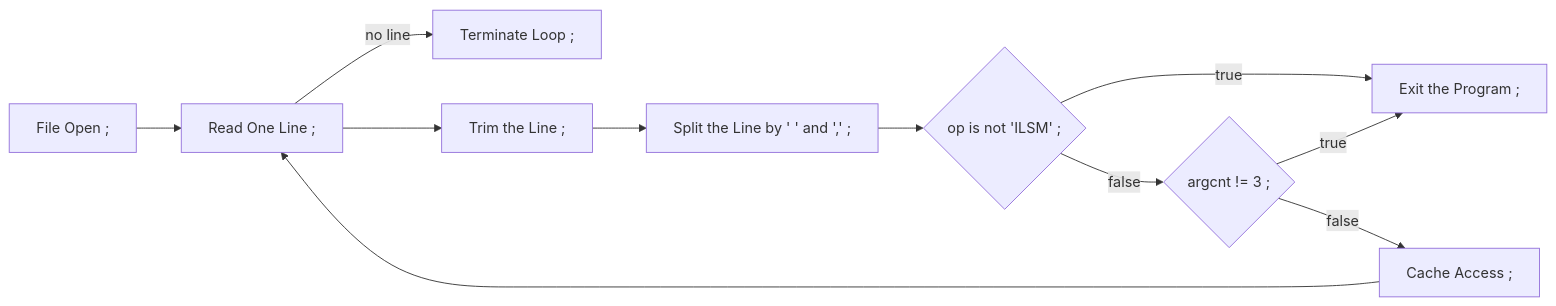
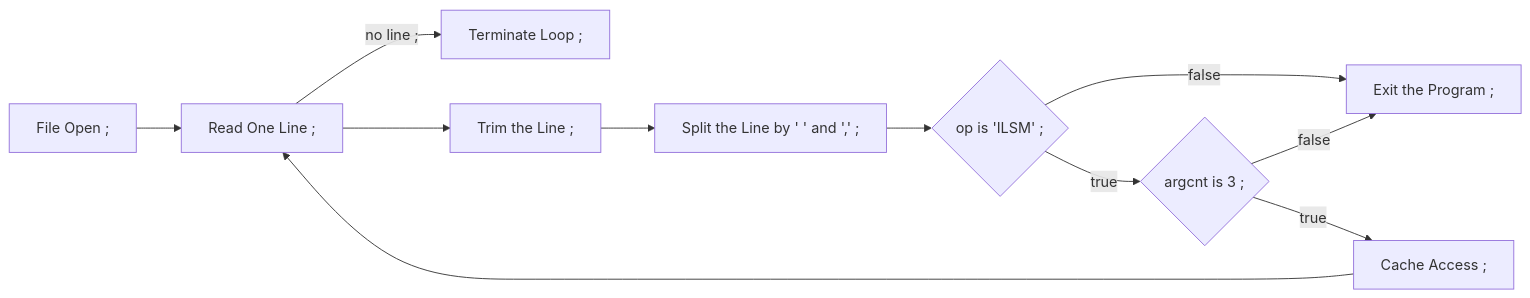
The second of 7 diagrams in Cache Lab/workspace/20240614.md (hanmyeonglee/cs211), drawn with Mermaid before and after one commit. The commit also changed other lines of this file, not shown here.

````diff
--- a/Cache Lab/workspace/20240614.md
+++ b/Cache Lab/workspace/20240614.md
@@ -118,13 +120,13 @@
 ```mermaid
 graph LR
     A[File Open ;] --> B[Read One Line ;]
-    B --> |<p class='linename'>no line</p>| Z[Terminate Loop ;]
+    B --> |<p class='linename'>no line ;</p>| Z[Terminate Loop ;]
     B --> C[Trim the Line ;]
     C --> D[Split the Line by ' ' and ',' ;]
-    D --> E{op is not 'ILSM' ;}
-    E --> |<p class='linename'>true</p>| X[Exit the Program ;]
-    E --> |<p class='linename'>false</p>| F{argcnt != 3 ;}
-    F --> |<p class='linename'>true</p>| X
-    F --> |<p class='linename'>false</p>| G[Cache Access ;]
+    D --> E{op is 'ILSM' ;}
+    E --> |<p class='linename'>false</p>| X[Exit the Program ;]
+    E --> |<p class='linename'>true</p>| F{argcnt is 3 ;}
+    F --> |<p class='linename'>false</p>| X
+    F --> |<p class='linename'>true</p>| G[Cache Access ;]
     G --> B
 ```
````
